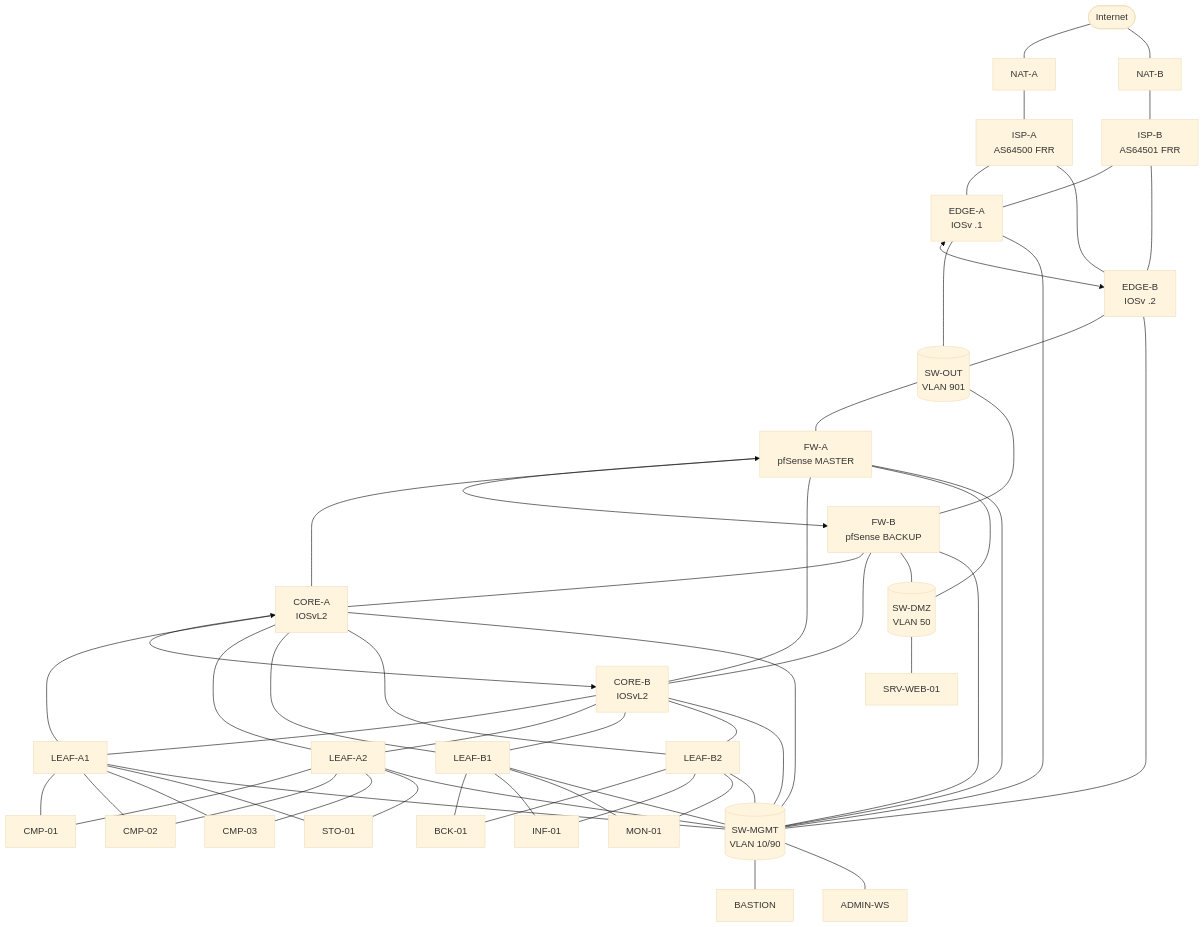
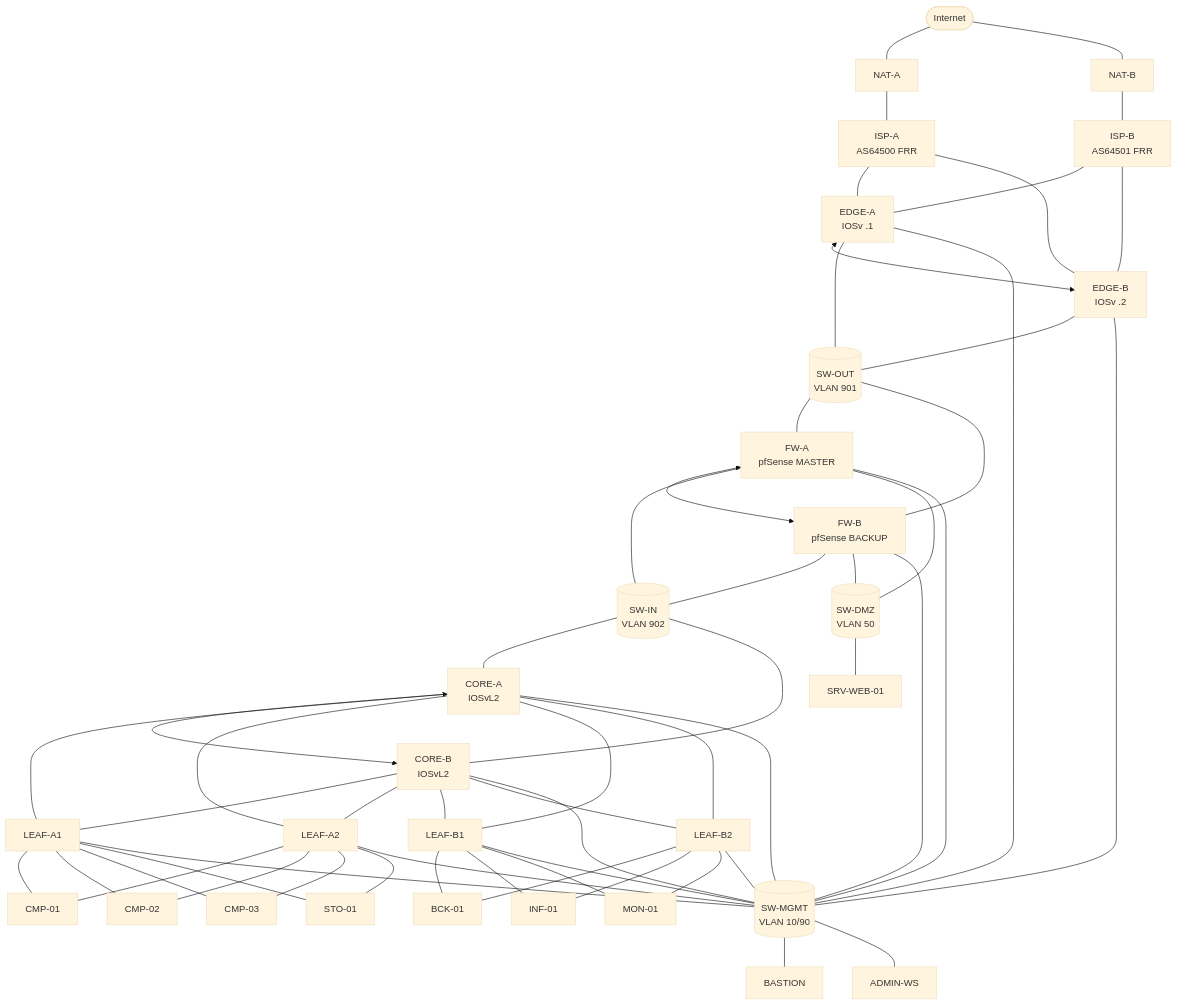
One commit to Mohamed-Ben-Naima/esprim-data-center changed the diagram in 03_Network/report/_source/arch_topology.mmd. Above: the diagram before and after it, drawn with Mermaid (base theme). The commit also changed 26 other files, not shown here.

First line of the commit message:
network(FW.3): firewall LAN side survives a core failure - SW-IN (VLAN 902 shared by FW-A/FW-B em3+em4 and both cores), 902 off the core ISL, BPDU filter on the transit ports; outage 4.5 s instead of >= 150 s

```diff
--- a/03_Network/report/_source/arch_topology.mmd
+++ b/03_Network/report/_source/arch_topology.mmd
@@ -1,25 +1,25 @@
 flowchart TD
     INET([Internet]) --- NATA[NAT-A] & NATB[NAT-B]
     NATA --- ISPA[ISP-A<br/>AS64500 FRR]
     NATB --- ISPB[ISP-B<br/>AS64501 FRR]
     ISPA --- EA[EDGE-A<br/>IOSv .1]
     ISPA --- EB[EDGE-B<br/>IOSv .2]
     ISPB --- EA
     ISPB --- EB
     EA <--> EB
     EA --- SWOUT[(SW-OUT<br/>VLAN 901)]
     EB --- SWOUT
     SWOUT --- FWA[FW-A<br/>pfSense MASTER]
     SWOUT --- FWB[FW-B<br/>pfSense BACKUP]
     FWA <--> FWB
-    FWA --- CA[CORE-A<br/>IOSvL2]
-    FWA --- CB[CORE-B<br/>IOSvL2]
-    FWB --- CA
-    FWB --- CB
+    FWA --- SWIN[(SW-IN<br/>VLAN 902)]
+    FWB --- SWIN
+    SWIN --- CA[CORE-A<br/>IOSvL2]
+    SWIN --- CB[CORE-B<br/>IOSvL2]
     CA <--> CB
     CA --- LA1[LEAF-A1] & LA2[LEAF-A2] & LB1[LEAF-B1] & LB2[LEAF-B2]
     CB --- LA1 & LA2 & LB1 & LB2
     LA1 & LA2 --- CMP1[CMP-01] & CMP2[CMP-02] & CMP3[CMP-03] & STO[STO-01]
     LB1 & LB2 --- BCK[BCK-01] & INF[INF-01] & MON[MON-01]
     FWA & FWB --- SWDMZ[(SW-DMZ<br/>VLAN 50)] --- WEB[SRV-WEB-01]
     EA & EB & FWA & FWB & CA & CB & LA1 & LA2 & LB1 & LB2 --- SWMGMT[(SW-MGMT<br/>VLAN 10/90)] --- BAS[BASTION] & AWS[ADMIN-WS]
```
